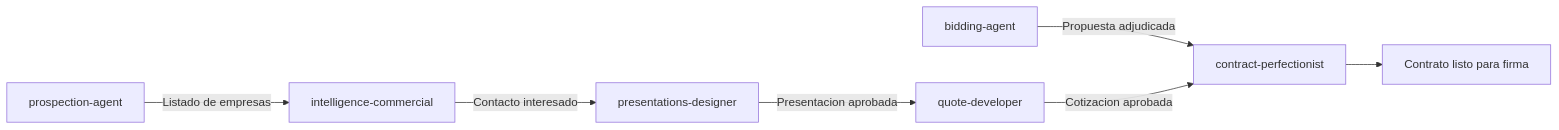
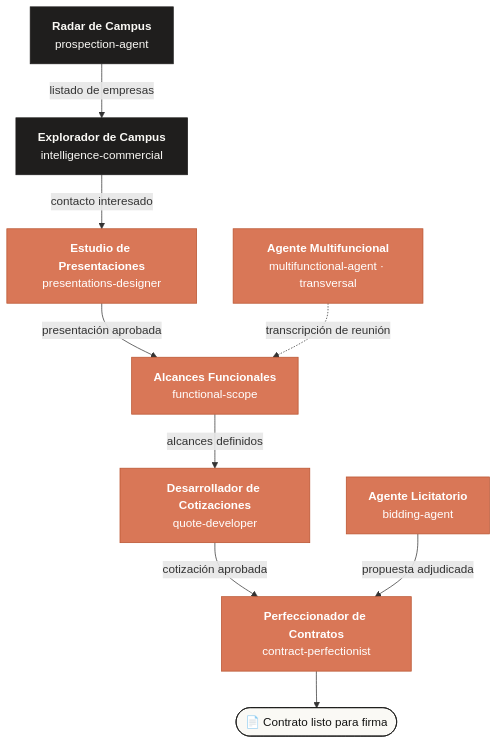
The diagram in README.md (GustavoAdolfoNavarroPacheco/fullservice-agents), drawn with Mermaid before and after one commit. The commit also changed other lines of this file and 22 other files, not shown here.

````diff
--- a/README.md
+++ b/README.md
@@ -257,9 +38,18 @@
 ```mermaid
-graph LR
-    P["prospection-agent"] -->|Listado de empresas| I["intelligence-commercial"]
-    I -->|Contacto interesado| A["presentations-designer"]
-    A -->|Presentacion aprobada| B["quote-developer"]
-    L["bidding-agent"] -->|Propuesta adjudicada| C["contract-perfectionist"]
-    B -->|Cotizacion aprobada| C["contract-perfectionist"]
-    C --> D["Contrato listo para firma"]
+flowchart TB
+    P["<b>Radar de Campus</b><br/>prospection-agent"] -->|listado de empresas| I["<b>Explorador de Campus</b><br/>intelligence-commercial"]
+    I -->|contacto interesado| A["<b>Estudio de Presentaciones</b><br/>presentations-designer"]
+    A -->|presentación aprobada| F["<b>Alcances Funcionales</b><br/>functional-scope"]
+    F -->|alcances definidos| B["<b>Desarrollador de Cotizaciones</b><br/>quote-developer"]
+    B -->|cotización aprobada| C["<b>Perfeccionador de Contratos</b><br/>contract-perfectionist"]
+    L["<b>Agente Licitatorio</b><br/>bidding-agent"] -->|propuesta adjudicada| C
+    M["<b>Agente Multifuncional</b><br/>multifunctional-agent · transversal"] -.->|transcripción de reunión| F
+    C --> D(["📄 Contrato listo para firma"])
+
+    classDef pplx fill:#1f1e1d,color:#faf9f5,stroke:#1f1e1d
+    classDef claude fill:#d97757,color:#ffffff,stroke:#b9532f
+    classDef fin fill:#faf9f5,color:#141413,stroke:#141413
+    class P,I pplx
+    class A,F,B,L,C,M claude
+    class D fin
 ```
````
